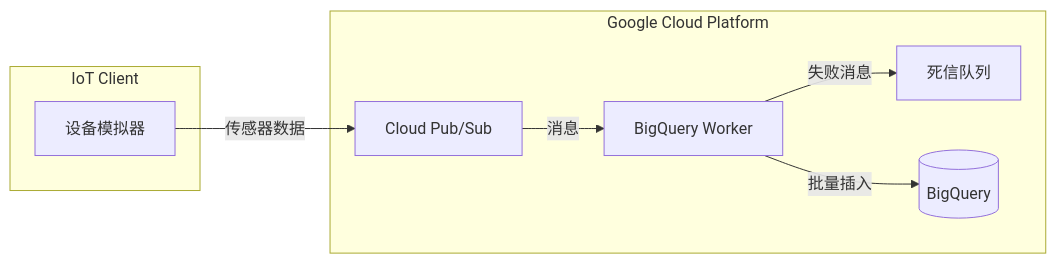
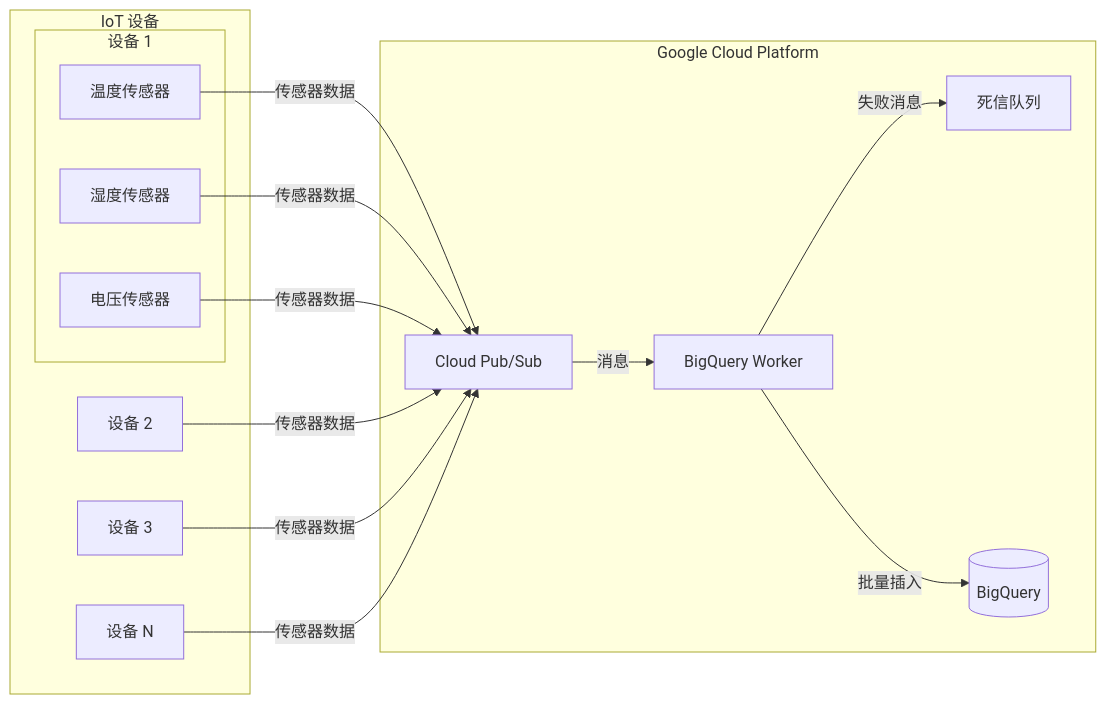
Before and after one commit to ThaddeusJiang/sensor_logs: the diagram in README-zh.md, drawn with Mermaid. The commit also changed other lines of this file and 2 other files, not shown here.

Commit message:
docs: Update README diagrams to show multiple IoT devices and sensors

````diff
--- a/README-zh.md
+++ b/README-zh.md
@@ -11,18 +11,29 @@
 ```mermaid
 graph LR
-    subgraph "IoT Client"
-        D[设备模拟器]
+    subgraph "IoT 设备"
+        subgraph "设备 1"
+            S1[温度传感器]
+            S2[湿度传感器]
+            S3[电压传感器]
+        end
+
+        D2[设备 2]
+
+        D3[设备 3]
+
+        D4[设备 N]
     end
 
     subgraph "Google Cloud Platform"
         PS[Cloud Pub/Sub]
         DLQ[死信队列]
         W[BigQuery Worker]
         BQ[(BigQuery)]
     end
 
-    D -->|传感器数据| PS
+    S1 & S2 & S3 -->|传感器数据| PS
+    D2 & D3 & D4 -->|传感器数据| PS
     PS -->|消息| W
     W -->|失败消息| DLQ
     W -->|批量插入| BQ
 ```
````
